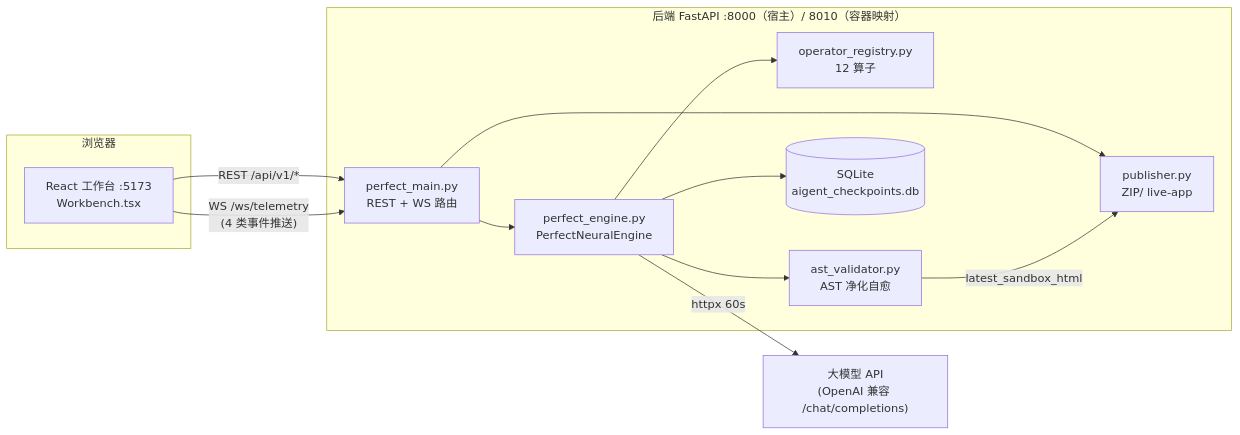
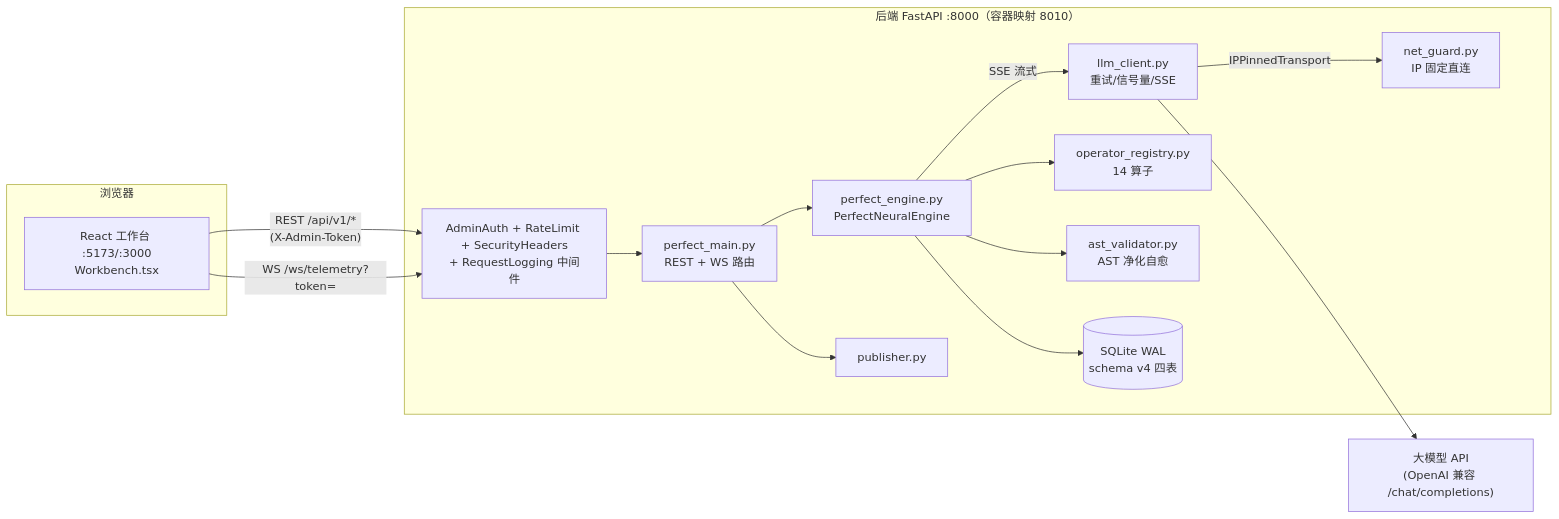
The first of 4 diagrams in 项目源码与架构文档.md (happy520ai/aigent-workflow-studio), drawn with Mermaid before and after one commit. The commit also changed other lines of this file and 8 other files, not shown here.

````diff
--- a/项目源码与架构文档.md
+++ b/项目源码与架构文档.md
@@ -130,27 +135,31 @@
 ```mermaid
 flowchart LR
     subgraph 浏览器
-        UI["React 工作台 :5173<br/>Workbench.tsx"]
+        UI["React 工作台 :5173/:3000<br/>Workbench.tsx"]
     end
 
-    subgraph "后端 FastAPI :8000（宿主）/ 8010（容器映射）"
+    subgraph "后端 FastAPI :8000（容器映射 8010）"
+        MW["AdminAuth + RateLimit + SecurityHeaders<br/>+ RequestLogging 中间件"]
         API["perfect_main.py<br/>REST + WS 路由"]
         ENG["perfect_engine.py<br/>PerfectNeuralEngine"]
-        REG["operator_registry.py<br/>12 算子"]
+        LC["llm_client.py<br/>重试/信号量/SSE"]
+        NG["net_guard.py<br/>IP 固定直连"]
+        REG["operator_registry.py<br/>14 算子"]
         AST["ast_validator.py<br/>AST 净化自愈"]
-        PUB["publisher.py<br/>ZIP/ live-app"]
-        DB[("SQLite<br/>aigent_checkpoints.db")]
+        PUB["publisher.py"]
+        DB[("SQLite WAL<br/>schema v4 四表")]
     end
 
     LLM["大模型 API<br/>(OpenAI 兼容 /chat/completions)"]
 
-    UI -- "REST /api/v1/*" --> API
-    UI -- "WS /ws/telemetry<br/>(4 类事件推送)" --> API
-    API --> ENG
+    UI -- "REST /api/v1/*<br/>(X-Admin-Token)" --> MW
+    UI -- "WS /ws/telemetry?token=" --> MW
+    MW --> API --> ENG
     ENG --> REG
     ENG --> AST
-    ENG -- "httpx 60s" --> LLM
+    ENG -- "SSE 流式" --> LC
+    LC -- "IPPinnedTransport" --> NG
+    LC --> LLM
     ENG --> DB
     API --> PUB
-    AST -- "latest_sandbox_html" --> PUB
 ```
````
